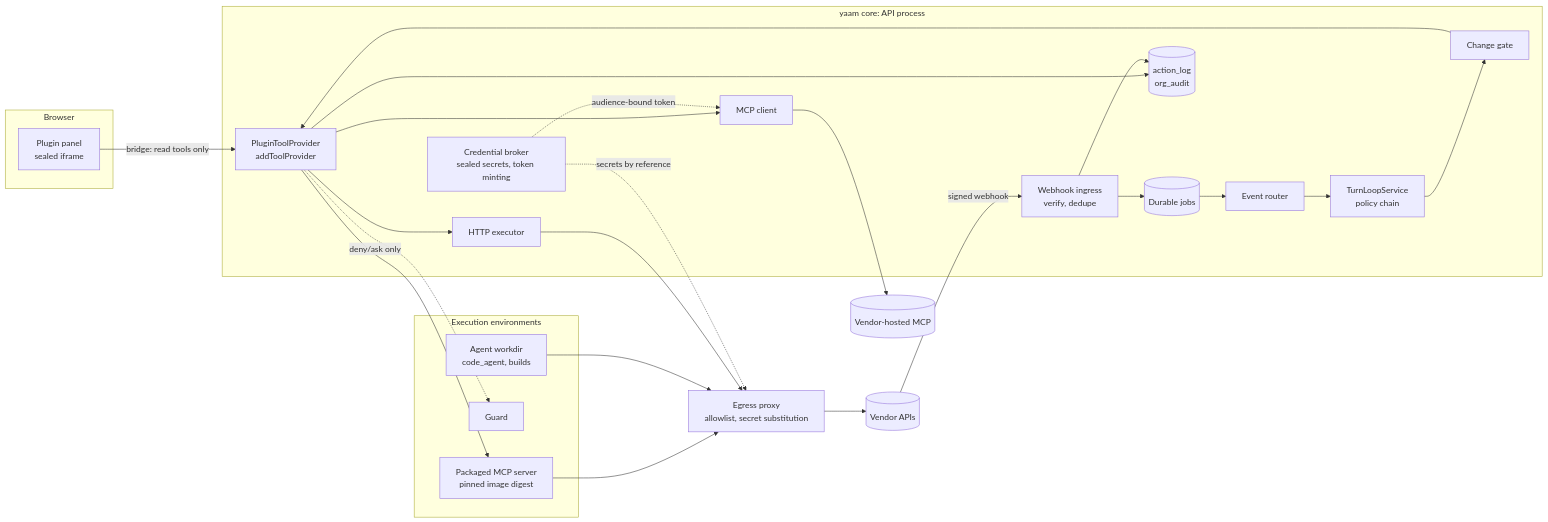
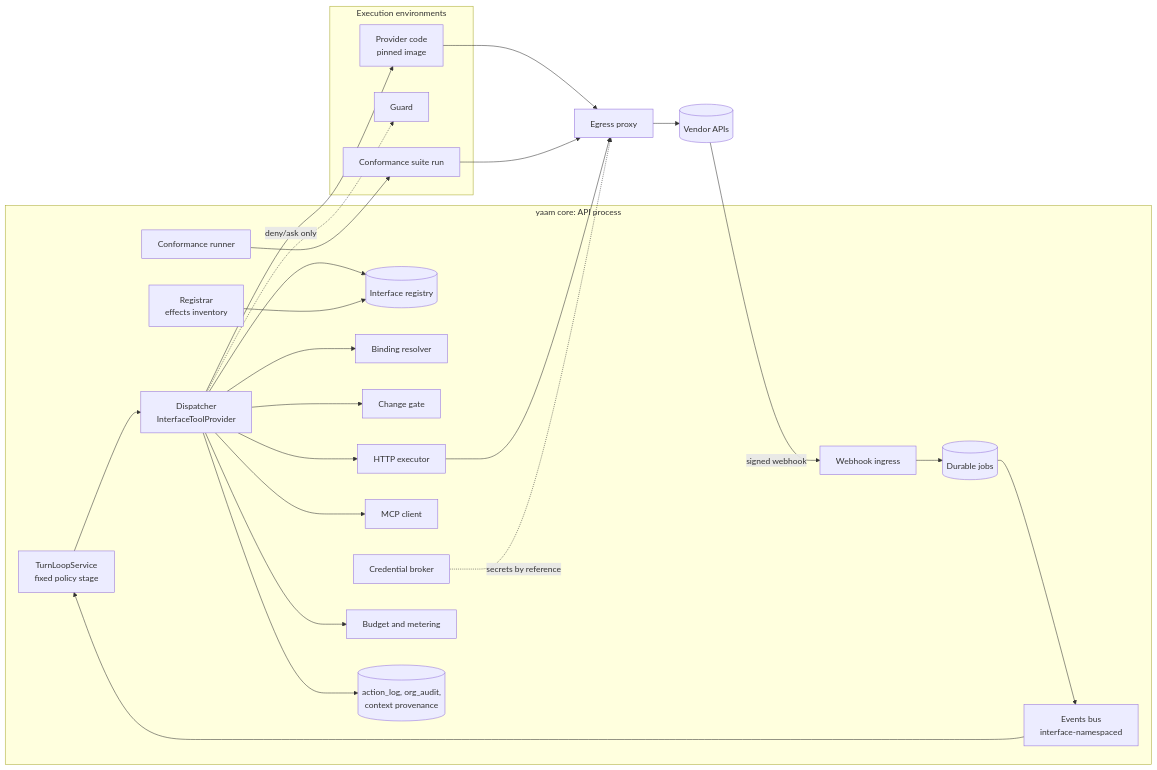
Before and after one commit to xuancanh/YAAP: the first of 4 diagrams in docs/plugins.md, drawn with Mermaid. The commit also changed other lines of this file and 3 other files, not shown here.

First line of the commit message:
docs(plugins): interfaces are plugins; core registrar, bindings, conformance, approval outcomes, provenance, data sharing, bundles; dsh lessons; fix coding-harnesses DeepSeek note

````diff
--- a/docs/plugins.md
+++ b/docs/plugins.md
@@ -566,42 +770,46 @@
 ```mermaid
 flowchart LR
-  subgraph browser[Browser]
-    panel[Plugin panel<br/>sealed iframe]
-  end
   subgraph core[yaam core: API process]
-    tl[TurnLoopService<br/>policy chain]
-    ptp[PluginToolProvider<br/>addToolProvider]
+    tl[TurnLoopService<br/>fixed policy stage]
+    disp[Dispatcher<br/>InterfaceToolProvider]
+    reg[(Interface registry)]
+    bind[Binding resolver]
     cg[Change gate]
     httpx[HTTP executor]
     mcpc[MCP client]
-    broker[Credential broker<br/>sealed secrets, token minting]
-    ingress[Webhook ingress<br/>verify, dedupe]
+    broker[Credential broker]
+    meter[Budget and metering]
+    ingress[Webhook ingress]
     jobs[(Durable jobs)]
-    route[Event router]
-    audit[(action_log<br/>org_audit)]
+    bus[Events bus<br/>interface-namespaced]
+    conf[Conformance runner]
+    rgs[Registrar<br/>effects inventory]
+    audit[(action_log, org_audit,<br/>context provenance)]
   end
   subgraph envs[Execution environments]
-    srv[Packaged MCP server<br/>pinned image digest]
+    code[Provider code<br/>pinned image]
     guard[Guard]
-    work[Agent workdir<br/>code_agent, builds]
+    suite[Conformance suite run]
   end
-  proxy[Egress proxy<br/>allowlist, secret substitution]
+  proxy[Egress proxy]
   vendor[(Vendor APIs)]
-  vmcp[(Vendor-hosted MCP)]
 
-  panel -- bridge: read tools only --> ptp
-  tl --> cg --> ptp
-  ptp --> httpx --> proxy
-  ptp --> mcpc --> vmcp
-  ptp --> srv
-  ptp -. deny/ask only .-> guard
-  srv --> proxy
-  work --> proxy
+  tl --> disp
+  disp --> reg
+  disp --> bind
+  disp --> cg
+  disp --> meter
+  disp --> httpx
+  disp --> mcpc
+  disp --> code
+  disp -. deny/ask only .-> guard
+  httpx --> proxy
+  code --> proxy
   proxy --> vendor
   broker -. secrets by reference .-> proxy
-  broker -. audience-bound token .-> mcpc
-  vendor -- signed webhook --> ingress --> jobs --> route
-  route --> tl
-  ptp --> audit
-  ingress --> audit
+  vendor -- signed webhook --> ingress --> jobs --> bus
+  bus --> tl
+  conf --> suite --> proxy
+  disp --> audit
+  rgs --> reg
 ```
````
